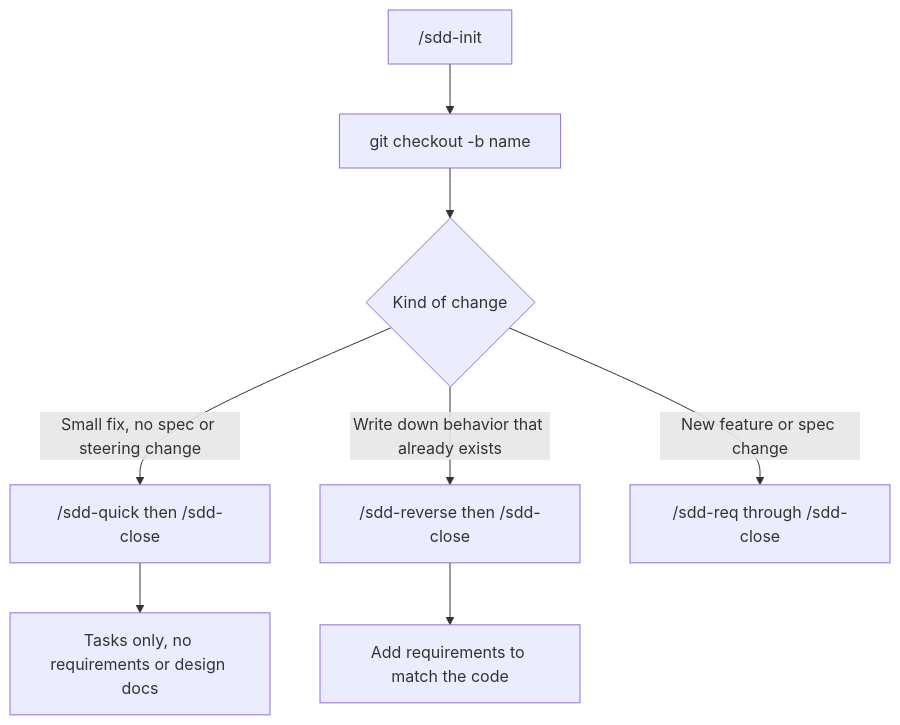
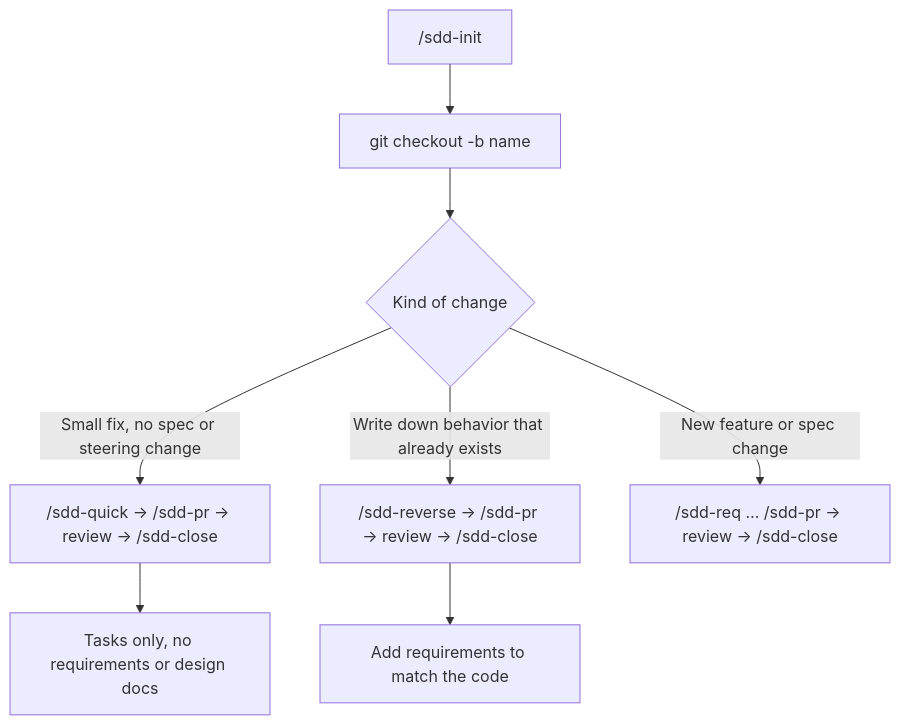
One commit to paterapatera/sdd-orc changed the second of 4 diagrams in README.md. Above: the diagram before and after it, drawn with Mermaid. The commit also changed other lines of this file and 11 other files, not shown here.

First line of the commit message:
feat: /sdd-pr を追加し close 前に PR を開くフローに変更 (1.2.3) (#16)

````diff
--- a/README.md
+++ b/README.md
@@ -135,10 +135,10 @@
 ```mermaid
 flowchart TD
   init["/sdd-init"] --> branch["git checkout -b name"]
   branch --> route{Kind of change}
-  route -->|Small fix, no spec or steering change| quickPath["/sdd-quick then /sdd-close"]
-  route -->|Write down behavior that already exists| revPath["/sdd-reverse then /sdd-close"]
-  route -->|New feature or spec change| fullPath["/sdd-req through /sdd-close"]
+  route -->|Small fix, no spec or steering change| quickPath["/sdd-quick → /sdd-pr → review → /sdd-close"]
+  route -->|Write down behavior that already exists| revPath["/sdd-reverse → /sdd-pr → review → /sdd-close"]
+  route -->|New feature or spec change| fullPath["/sdd-req … /sdd-pr → review → /sdd-close"]
   quickPath --> noteQuick["Tasks only, no requirements or design docs"]
   revPath --> noteRev["Add requirements to match the code"]
 ```
````
